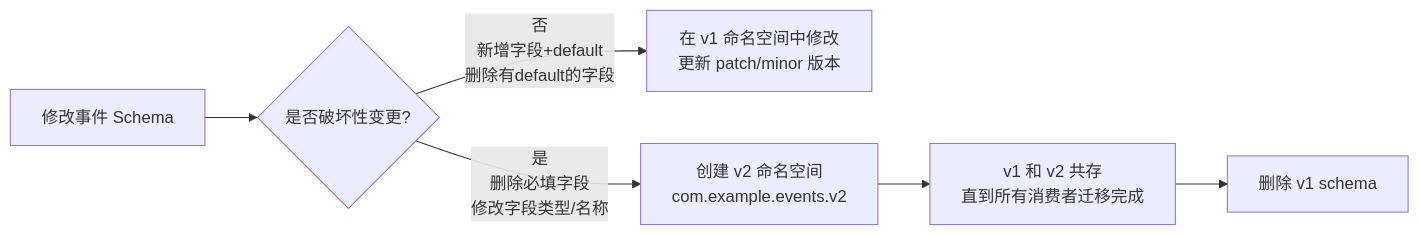
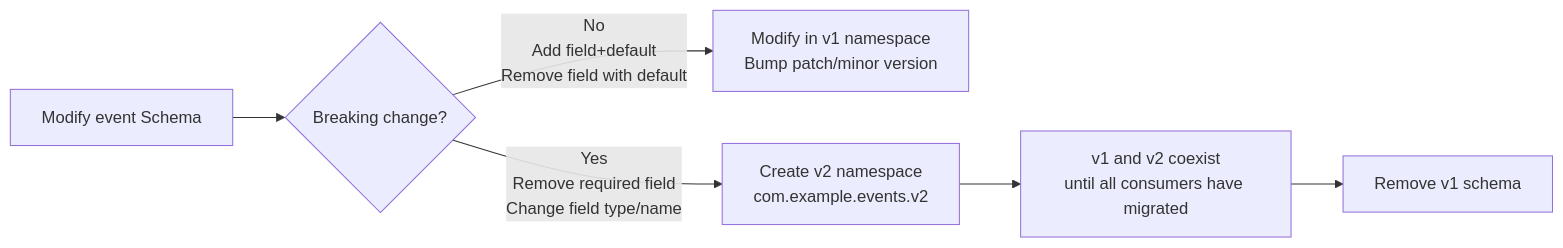
Before and after one commit to ansonli-dev/explicit-architecture: the diagram in shared-events/README.md, drawn with Mermaid. The commit also changed other lines of this file and 16 other files, not shown here.

First line of the commit message:
docs: architecture documentation and rules

````diff
--- a/shared-events/README.md
+++ b/shared-events/README.md
@@ -341,8 +336,8 @@
 ```mermaid
 flowchart LR
-    A["修改事件 Schema"] --> B{是否破坏性变更?}
-    B -->|否\n新增字段+default\n删除有default的字段| C["在 v1 命名空间中修改\n更新 patch/minor 版本"]
-    B -->|是\n删除必填字段\n修改字段类型/名称| D["创建 v2 命名空间\ncom.example.events.v2"]
-    D --> E["v1 和 v2 共存\n直到所有消费者迁移完成"]
-    E --> F["删除 v1 schema"]
+    A["Modify event Schema"] --> B{Breaking change?}
+    B -->|No\nAdd field+default\nRemove field with default| C["Modify in v1 namespace\nBump patch/minor version"]
+    B -->|Yes\nRemove required field\nChange field type/name| D["Create v2 namespace\ncom.example.events.v2"]
+    D --> E["v1 and v2 coexist\nuntil all consumers have migrated"]
+    E --> F["Remove v1 schema"]
 ```
````
